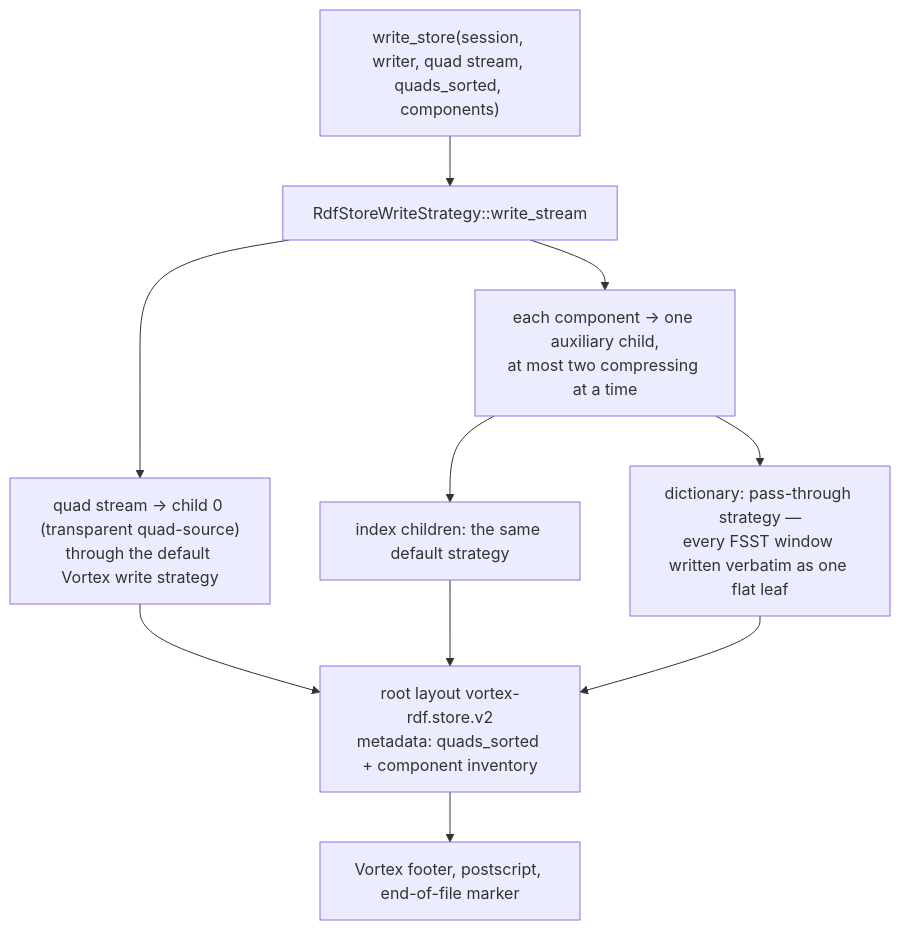
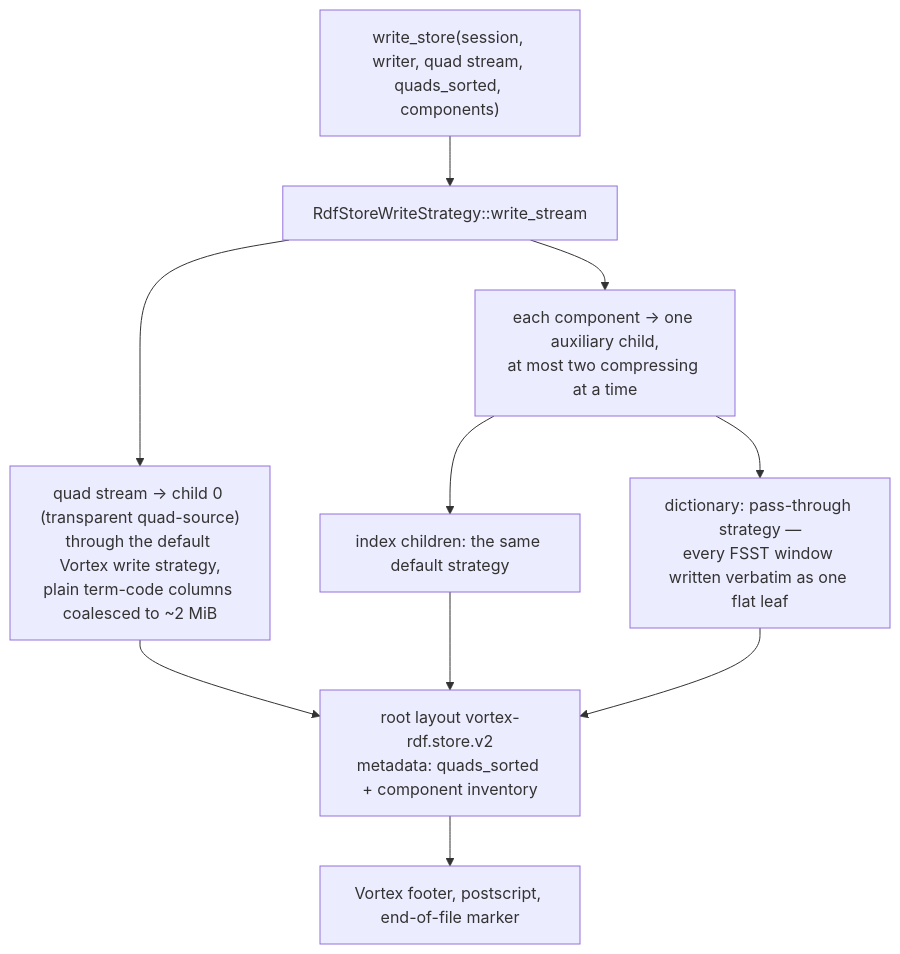
The fourth of 4 diagrams in docs/serialization.md (vortex-rdf/vortex-rdf), drawn with Mermaid before and after one commit. The commit also changed other lines of this file and 5 other files, not shown here.

````diff
--- a/docs/serialization.md
+++ b/docs/serialization.md
@@ -364,12 +377,12 @@
 ```mermaid
 flowchart TD
     W["write_store(session, writer, quad stream, quads_sorted, components)"] --> S["RdfStoreWriteStrategy::write_stream"]
-    S --> Q["quad stream → child 0 (transparent quad-source)<br/>through the default Vortex write strategy"]
+    S --> Q["quad stream → child 0 (transparent quad-source)<br/>through the default Vortex write strategy,<br/>plain term-code columns coalesced to ~2 MiB"]
     S --> C["each component → one auxiliary child,<br/>at most two compressing at a time"]
     C --> C1["index children: the same default strategy"]
     C --> C2["dictionary: pass-through strategy —<br/>every FSST window written verbatim as one flat leaf"]
     Q --> R["root layout vortex-rdf.store.v2<br/>metadata: quads_sorted + component inventory"]
     C1 --> R
     C2 --> R
     R --> F["Vortex footer, postscript, end-of-file marker"]
 ```
````
